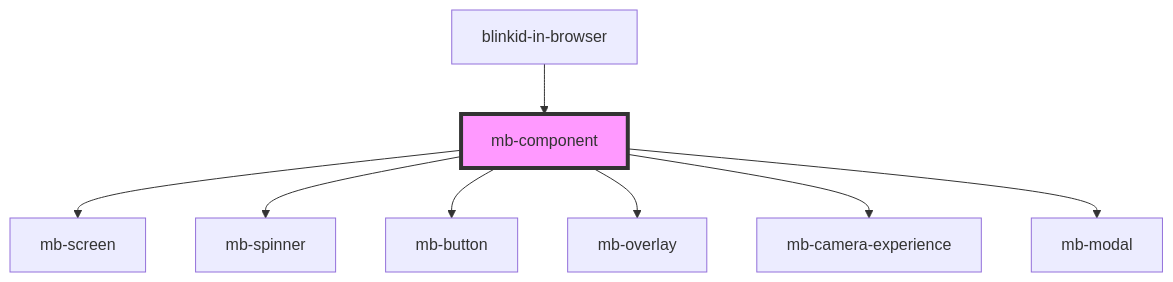
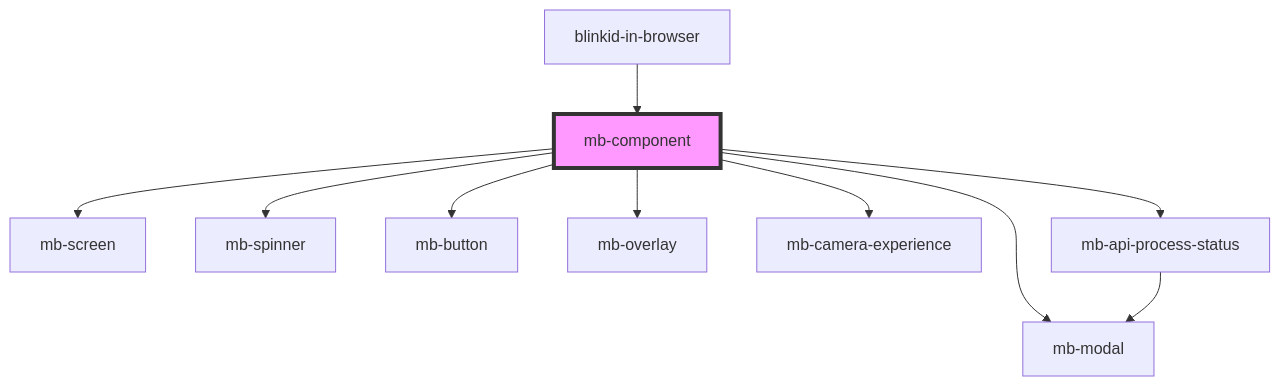
One commit to BlinkID/blinkid-in-browser changed the diagram in ui/docs/components/shared/mb-component/readme.md. Above: the diagram before and after it, drawn with Mermaid. The commit also changed other lines of this file and 163 other files, not shown here.

````diff
--- a/ui/docs/components/shared/mb-component/readme.md
+++ b/ui/docs/components/shared/mb-component/readme.md
@@ -59,11 +74,13 @@
 ```mermaid
 graph TD;
   mb-component --> mb-screen
   mb-component --> mb-spinner
   mb-component --> mb-button
   mb-component --> mb-overlay
   mb-component --> mb-camera-experience
+  mb-component --> mb-api-process-status
   mb-component --> mb-modal
+  mb-api-process-status --> mb-modal
   blinkid-in-browser --> mb-component
   style mb-component fill:#f9f,stroke:#333,stroke-width:4px
 ```
````
